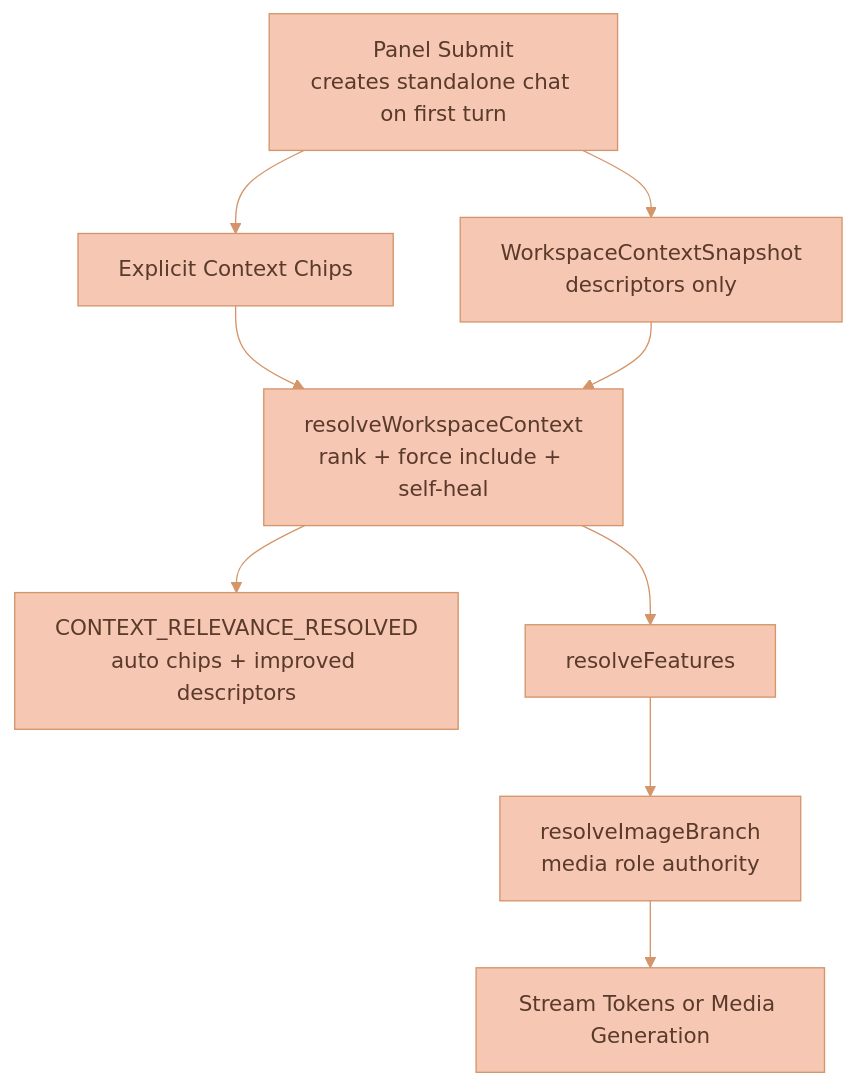
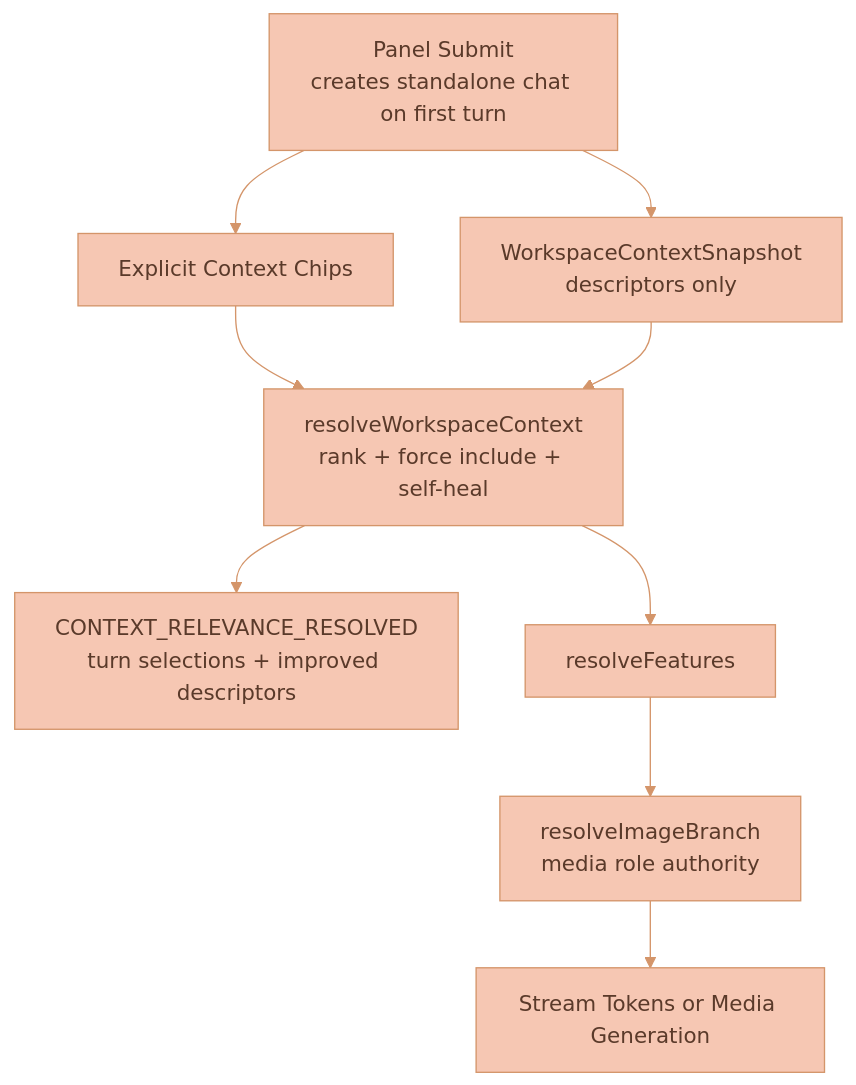
The second of 2 diagrams in documentation/ai-chat/CHAT-PANEL-AND-SESSIONS.md (Lixpi/lixpi), drawn with Mermaid before and after one commit. The commit also changed other lines of this file and 12 other files, not shown here.

````diff
--- a/documentation/ai-chat/CHAT-PANEL-AND-SESSIONS.md
+++ b/documentation/ai-chat/CHAT-PANEL-AND-SESSIONS.md
@@ -170,21 +173,21 @@
 ```mermaid
 %%{init: {'theme': 'base', 'themeVariables': { 'primaryColor': '#F6C7B3', 'primaryTextColor': '#5a3a2a', 'primaryBorderColor': '#d4956a', 'secondaryColor': '#C3DEDD', 'secondaryTextColor': '#1a3a47', 'secondaryBorderColor': '#4a8a9d', 'tertiaryColor': '#DCECE9', 'tertiaryTextColor': '#1a3a47', 'tertiaryBorderColor': '#82B2C0', 'lineColor': '#d4956a', 'textColor': '#5a3a2a'}}}%%
 flowchart TB
     Submit[Panel Submit<br/>creates standalone chat on first turn]
     Chips[Explicit Context Chips]
     Snapshot[WorkspaceContextSnapshot<br/>descriptors only]
     Relevance[resolveWorkspaceContext<br/>rank + force include + self-heal]
-    Auto[CONTEXT_RELEVANCE_RESOLVED<br/>auto chips + improved descriptors]
+    Auto[CONTEXT_RELEVANCE_RESOLVED<br/>turn selections + improved descriptors]
     Features[resolveFeatures]
     Branch[resolveImageBranch<br/>media role authority]
     Stream[Stream Tokens or Media Generation]
 
     Submit --> Chips
     Submit --> Snapshot
     Chips --> Relevance
     Snapshot --> Relevance
     Relevance --> Auto
     Relevance --> Features
     Features --> Branch
     Branch --> Stream
 ```
````
